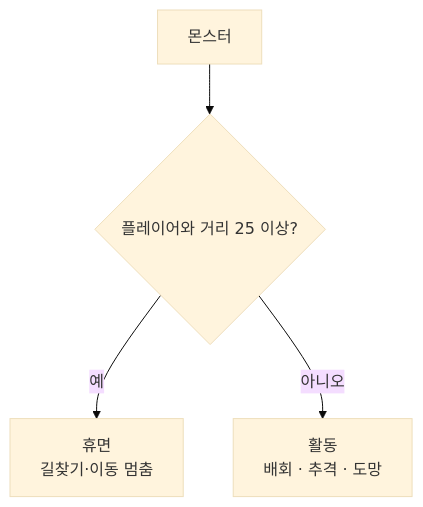
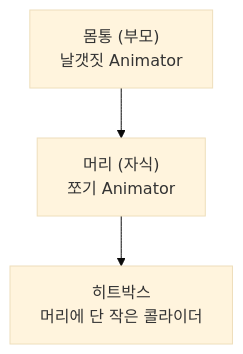
One commit to SaGiKun4/portfolio-SaGiKun4 changed the second of 13 diagrams in src/01-TreeHouse/프로젝트문서.md. Above: the diagram before and after it, drawn with Mermaid (base theme). The commit also changed other lines of this file and 124 other files, not shown here.

````diff
--- a/src/01-TreeHouse/프로젝트문서.md
+++ b/src/01-TreeHouse/프로젝트문서.md
@@ -131,6 +114,5 @@
 ```mermaid
 flowchart TD
-    A["몬스터"] --> Q{"플레이어와 거리 25 이상?"}
-    Q -->|"예"| S["휴면<br/>길찾기·이동 멈춤"]
-    Q -->|"아니오"| W["활동<br/>배회 · 추격 · 도망"]
+    B["몸통 (부모)<br/>날갯짓 Animator"] --> H["머리 (자식)<br/>쪼기 Animator"]
+    H --> X["히트박스<br/>머리에 단 작은 콜라이더"]
 ```
````
